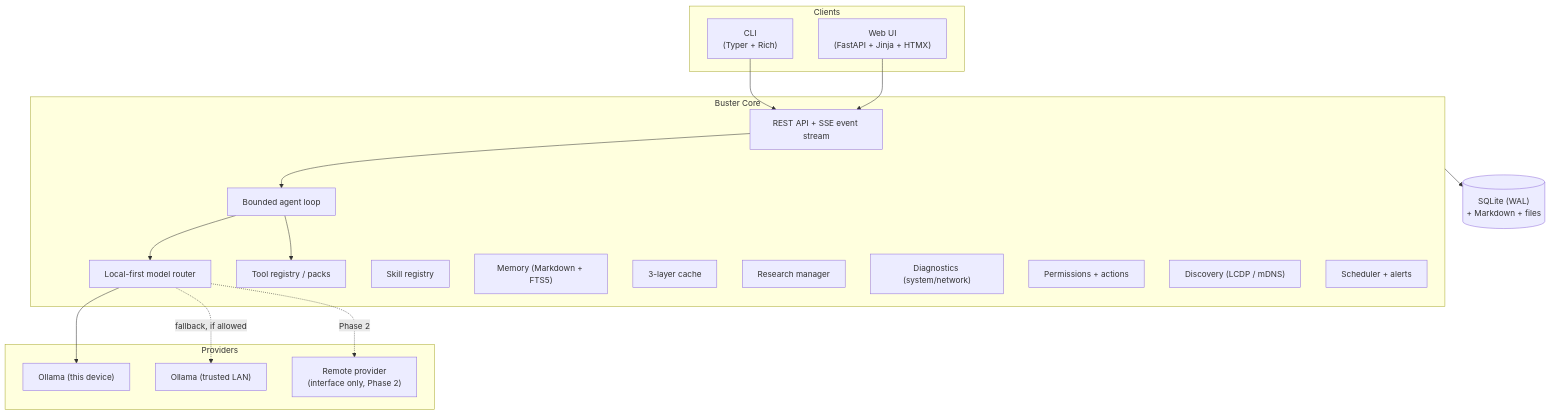
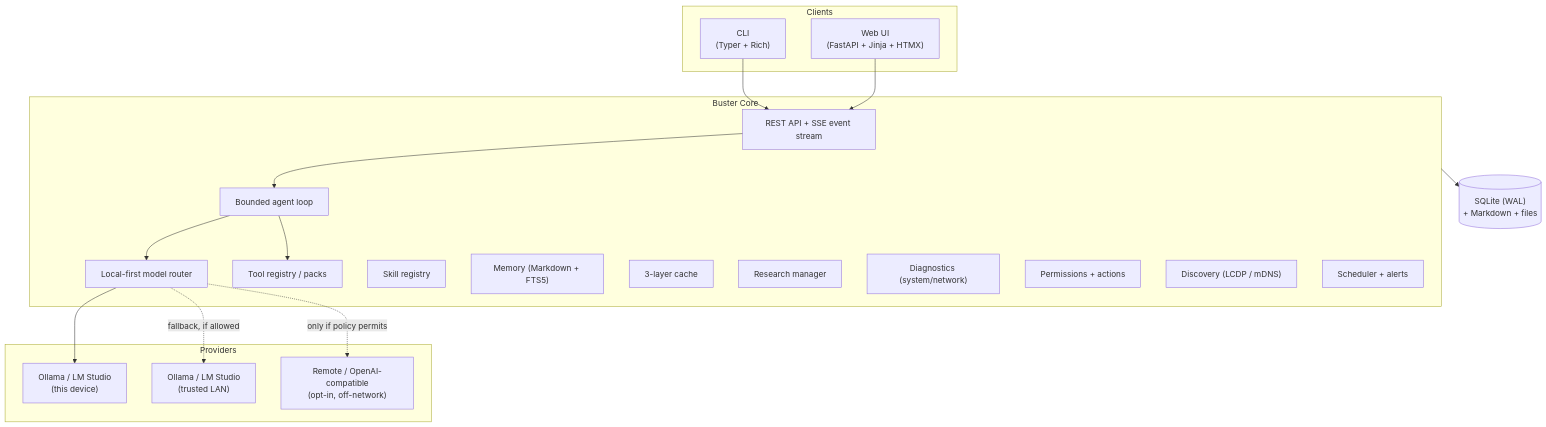
Before and after one commit to buildlyio/buster: the first of 3 diagrams in README.md, drawn with Mermaid. The commit also changed other lines of this file and 14 other files, not shown here.

````diff
--- a/README.md
+++ b/README.md
@@ -93,36 +93,36 @@
 ```mermaid
 flowchart TB
     subgraph Clients
         CLI["CLI<br/>(Typer + Rich)"]
         WEB["Web UI<br/>(FastAPI + Jinja + HTMX)"]
     end
     subgraph Core["Buster Core"]
         API["REST API + SSE event stream"]
         AGENT["Bounded agent loop"]
         ROUTER["Local-first model router"]
         TOOLS["Tool registry / packs"]
         SKILLS["Skill registry"]
         MEM["Memory (Markdown + FTS5)"]
         CACHE["3-layer cache"]
         RESEARCH["Research manager"]
         DIAG["Diagnostics (system/network)"]
         PERM["Permissions + actions"]
         DISCO["Discovery (LCDP / mDNS)"]
         SCHED["Scheduler + alerts"]
     end
     subgraph Providers
-        OLLAMA_L["Ollama (this device)"]
-        OLLAMA_LAN["Ollama (trusted LAN)"]
-        REMOTE["Remote provider<br/>(interface only, Phase 2)"]
+        LOCAL["Ollama / LM Studio<br/>(this device)"]
+        LANP["Ollama / LM Studio<br/>(trusted LAN)"]
+        REMOTE["Remote / OpenAI-compatible<br/>(opt-in, off-network)"]
     end
     DB[("SQLite (WAL)<br/>+ Markdown + files")]
 
     CLI --> API
     WEB --> API
     API --> AGENT --> ROUTER
     AGENT --> TOOLS
-    ROUTER --> OLLAMA_L
-    ROUTER -.->|fallback, if allowed| OLLAMA_LAN
-    ROUTER -.->|Phase 2| REMOTE
+    ROUTER --> LOCAL
+    ROUTER -.->|fallback, if allowed| LANP
+    ROUTER -.->|only if policy permits| REMOTE
     Core --> DB
 ```
````
